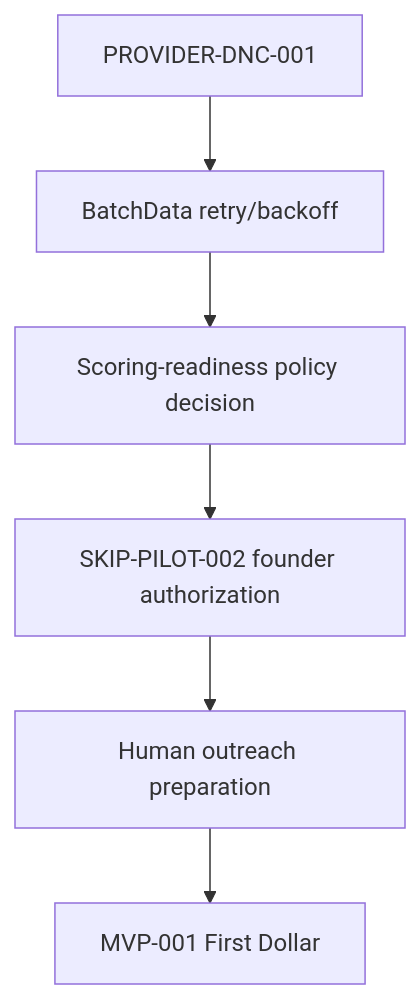
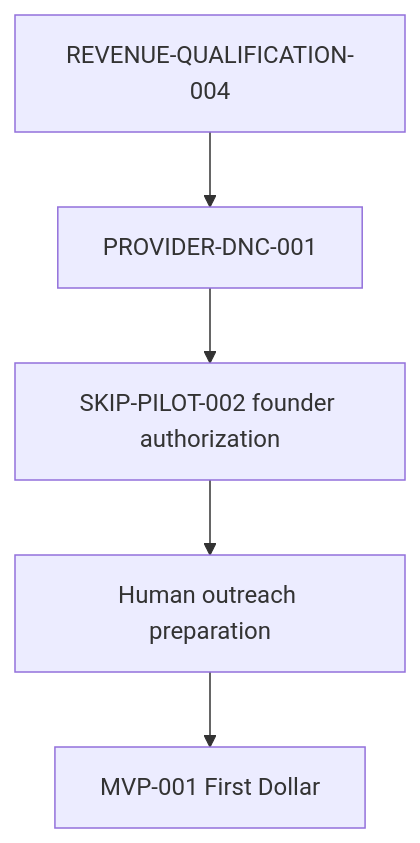
One commit to jaiaFoster/agent-info changed the third of 3 diagrams in PROJECT_PROGRESS.md. Above: the diagram before and after it, drawn with Mermaid. The commit also changed other lines of this file and 7 other files, not shown here.

````diff
--- a/PROJECT_PROGRESS.md
+++ b/PROJECT_PROGRESS.md
@@ -90,8 +92,8 @@
 ```mermaid
 flowchart TD
-    p1[PROVIDER-DNC-001] --> p2[BatchData retry/backoff]
-    p2 --> p3[Scoring-readiness policy decision]
-    p3 --> p4[SKIP-PILOT-002 founder authorization]
-    p4 --> p5[Human outreach preparation]
-    p5 --> p6[MVP-001 First Dollar]
+    p1[REVENUE-QUALIFICATION-004]
+    p1 --> p2[PROVIDER-DNC-001]
+    p2 --> p3[SKIP-PILOT-002 founder authorization]
+    p3 --> p4[Human outreach preparation]
+    p4 --> p5[MVP-001 First Dollar]
 ```
````
